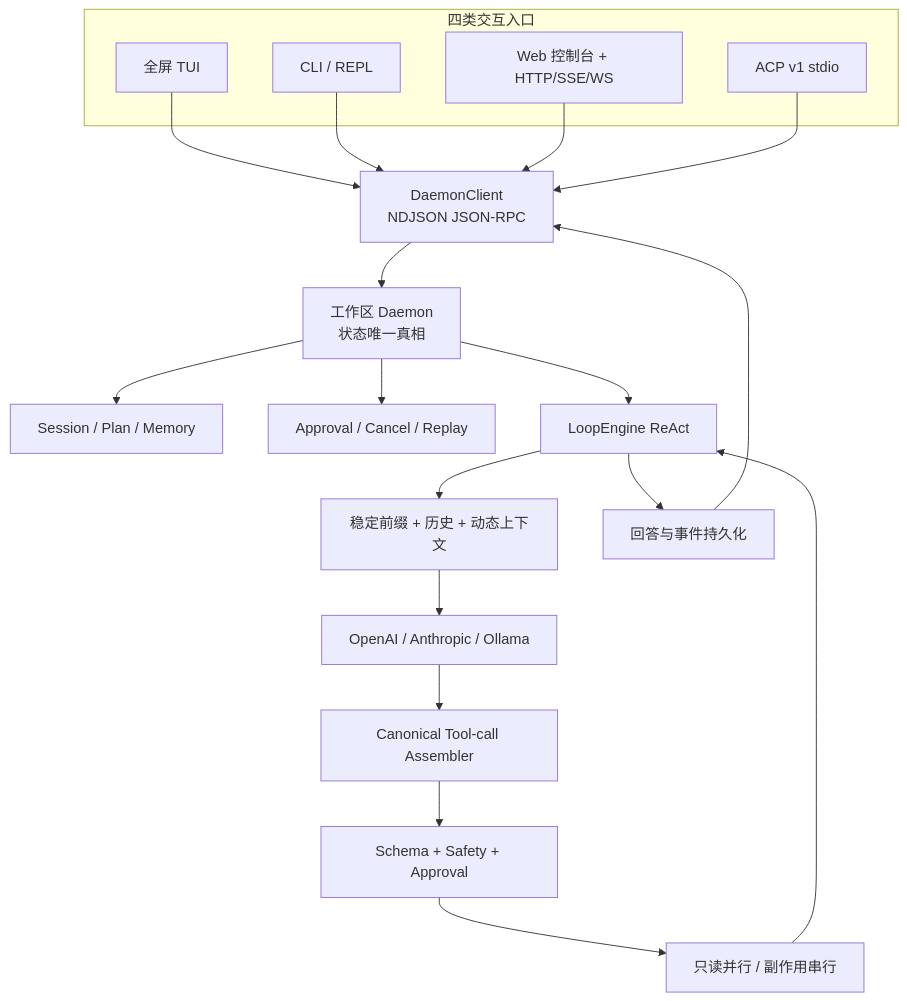
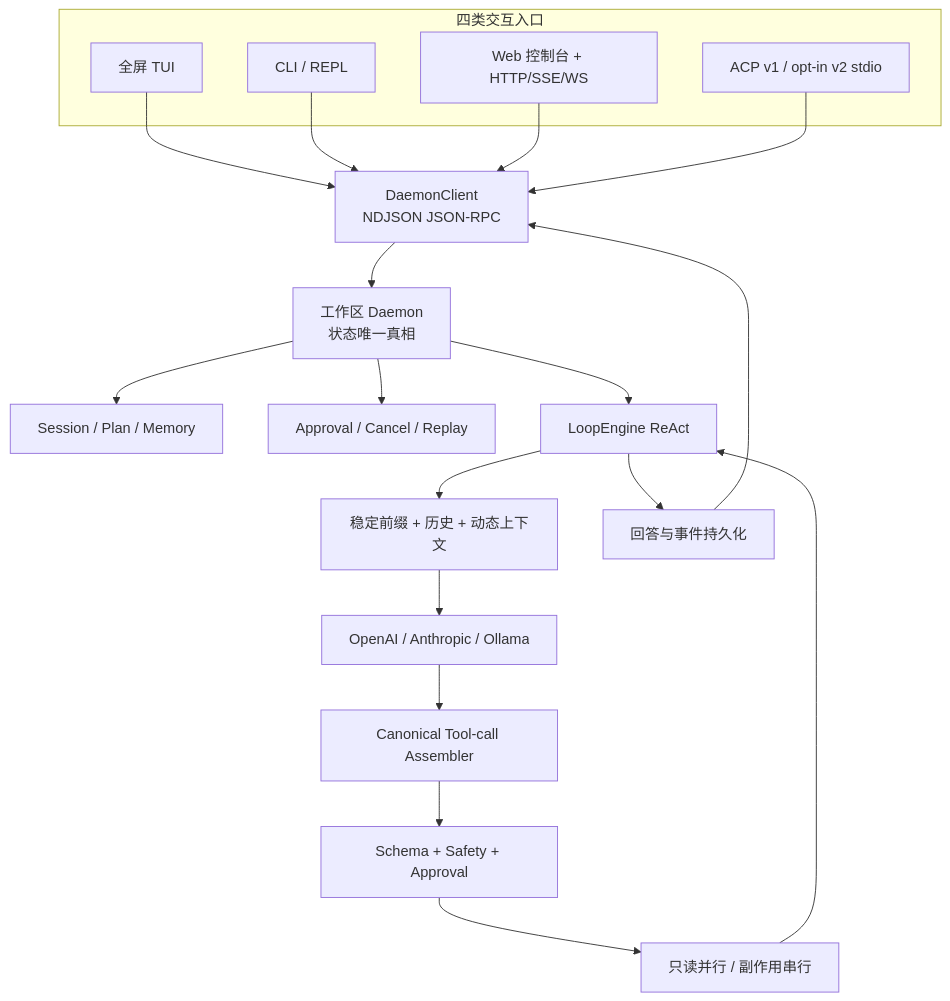
The diagram in README.md (wangyichen666/agentRuntime-Deamon), drawn with Mermaid before and after one commit. The commit also changed other lines of this file and 176 other files, not shown here.

````diff
--- a/README.md
+++ b/README.md
@@ -81,28 +81,28 @@
 ```mermaid
 flowchart TB
     subgraph Entry[四类交互入口]
         TUI[全屏 TUI]
         CLI[CLI / REPL]
         API[Web 控制台 + HTTP/SSE/WS]
-        ACP[ACP v1 stdio]
+        ACP[ACP v1 / opt-in v2 stdio]
     end
 
     TUI --> Client[DaemonClient\nNDJSON JSON-RPC]
     CLI --> Client
     API --> Client
     ACP --> Client
     Client --> Daemon[工作区 Daemon\n状态唯一真相]
 
     Daemon --> Session[Session / Plan / Memory]
     Daemon --> Control[Approval / Cancel / Replay]
     Daemon --> Engine[LoopEngine ReAct]
 
     Engine --> Context[稳定前缀 + 历史 + 动态上下文]
     Context --> Provider[OpenAI / Anthropic / Ollama]
     Provider --> Assembler[Canonical Tool-call Assembler]
     Assembler --> Safety[Schema + Safety + Approval]
     Safety --> Tools[只读并行 / 副作用串行]
     Tools --> Engine
     Engine --> Persist[回答与事件持久化]
     Persist --> Client
 ```
````
